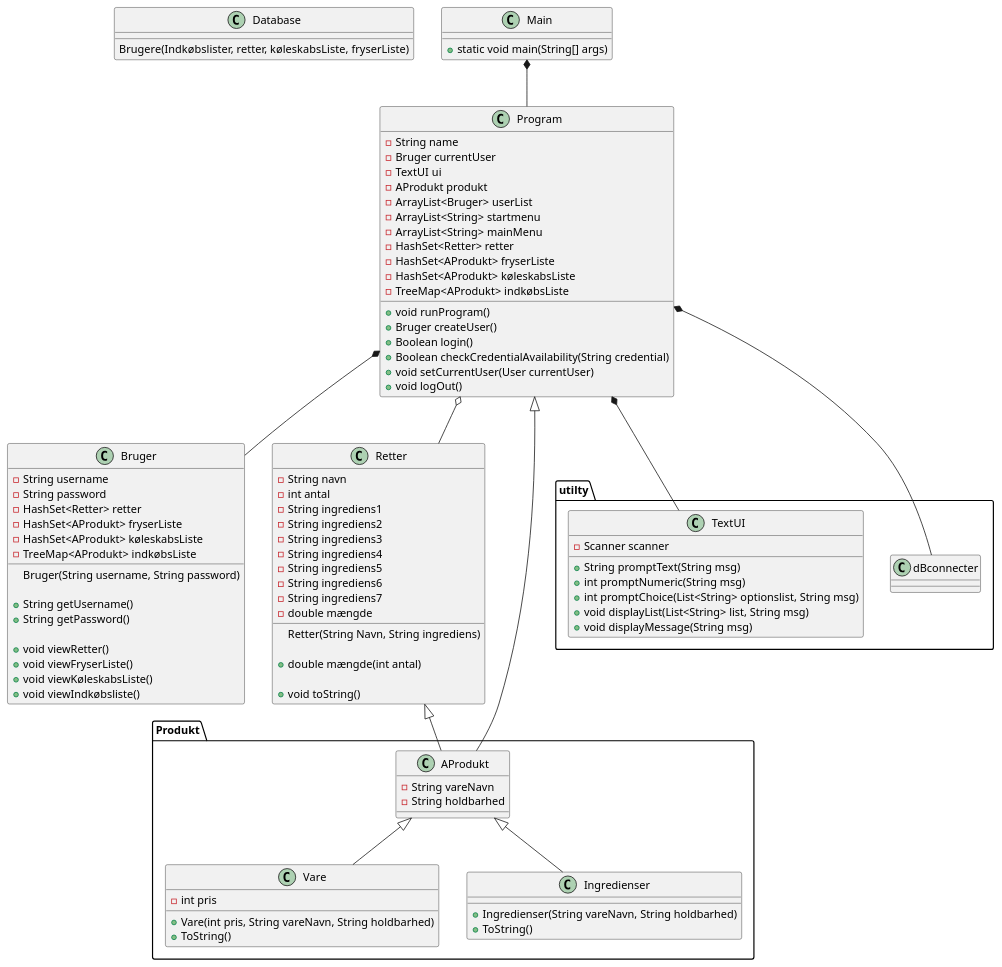
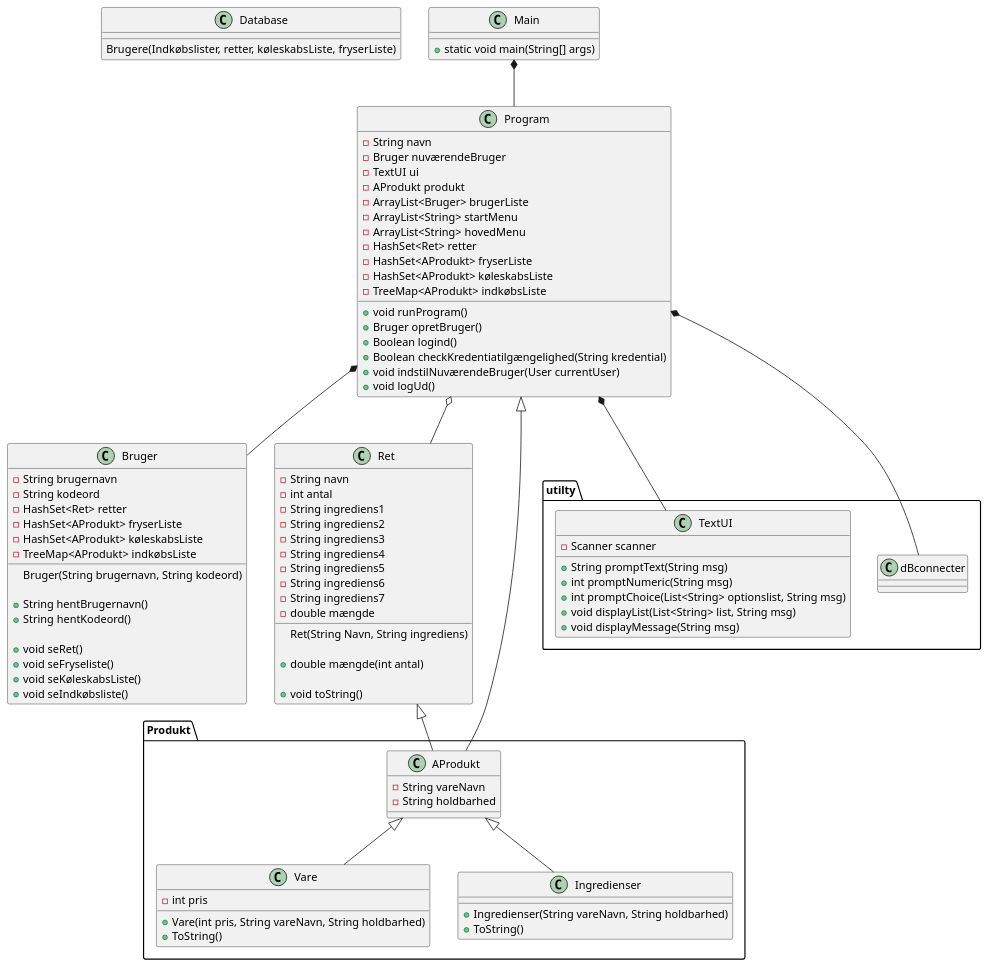
Before and after one commit to mrPrimeBeef/1.-Sem-ICE: the diagram in ICE indkoebsListe/Doc/Static/KlasseDiagram v1.puml, drawn with PlantUML. The commit also changed 1 other file, not shown here.

```diff
--- a/ICE indkoebsListe/Doc/Static/KlasseDiagram v1.puml
+++ b/ICE indkoebsListe/Doc/Static/KlasseDiagram v1.puml
@@ -1,160 +1,160 @@
 @startuml
 
 class Database{
 Brugere(Indkøbslister, retter, køleskabsListe, fryserListe)
 }
 
 class Main {
 + static void main(String[] args)
 }
 
 
 
 
 
 class Bruger {
-- String username
-- String password
-- HashSet<Retter> retter
+- String brugernavn
+- String kodeord
+- HashSet<Ret> retter
 - HashSet<AProdukt> fryserListe
 - HashSet<AProdukt> køleskabsListe
 - TreeMap<AProdukt> indkøbsListe
 
-Bruger(String username, String password)
+Bruger(String brugernavn, String kodeord)
 
-+ String getUsername()
-+ String getPassword()
++ String hentBrugernavn()
++ String hentKodeord()
 
-+ void viewRetter()
-+ void viewFryserListe()
-+ void viewKøleskabsListe()
-+ void viewIndkøbsliste()
++ void seRet()
++ void seFryseliste()
++ void seKøleskabsListe()
++ void seIndkøbsliste()
 }
 
 class Program {
-- String name
-- Bruger currentUser
+- String navn
+- Bruger nuværendeBruger
 - TextUI ui
 - AProdukt produkt
 '- FileIO io
-- ArrayList<Bruger> userList
--ArrayList<String> startmenu
--ArrayList<String> mainMenu
-- HashSet<Retter> retter
+- ArrayList<Bruger> brugerListe
+-ArrayList<String> startMenu
+-ArrayList<String> hovedMenu
+- HashSet<Ret> retter
 - HashSet<AProdukt> fryserListe
 - HashSet<AProdukt> køleskabsListe
 - TreeMap<AProdukt> indkøbsListe
 
 + void runProgram()
-+ Bruger createUser()
-+ Boolean login()
-+ Boolean checkCredentialAvailability(String credential)
-+ void setCurrentUser(User currentUser)
-+ void logOut()
++ Bruger opretBruger()
++ Boolean logind()
++ Boolean checkKredentiatilgængelighed(String kredential)
++ void indstilNuværendeBruger(User currentUser)
++ void logUd()
 }
 
-class Retter{
+class Ret{
 - String navn
 - int antal
 - String ingrediens1
 - String ingrediens2
 - String ingrediens3
 - String ingrediens4
 - String ingrediens5
 - String ingrediens6
 - String ingrediens7
 - double mængde
 
-Retter(String Navn, String ingrediens)
+Ret(String Navn, String ingrediens)
 
 + double mængde(int antal)
 
 + void toString()
 
 }
 
 package Produkt {
 class AProdukt{
 - String vareNavn
 - String holdbarhed
 
 }
 
 class Vare{
 - int pris
 + Vare(int pris, String vareNavn, String holdbarhed)
 + ToString()
 }
 
 class Ingredienser{
 + Ingredienser(String vareNavn, String holdbarhed)
 + ToString()
 }
 }
 
 
 package utilty{
 'class FileIO {
 '- ArrayList<Movie> listOfMovies
 '- ArrayList<Series> listOfSeries
 '- String moviePath
 '- String seriePath
 '- String favoritesPath
 '- String watchedPath
 '- String userSavePath
 
 '+ ArrayList<String> readMovieData()
 '+ ArrayList<String> readSerieData()
 '- ArrayList<String> scanFile(String path)
 '+ void saveFavorites(User currentUser, AMedia media)
 '+ void saveWatched(User currentUser, AMedia media)
 '+ void deleteFavorites(String title, User currentUser)
 '- void mediaSaveOrRemove(User currentUser, String title, String path, boolean willRemove)
 '+ String getFavorites(User currentUser)
 '+ String getWatched(User currentUser)
 '- String getMedia(User currentUser, String path)
 '+ void saveUserData(User currentUser)
 '+ ArrayList<User> readUserData()
 '}
 
 class dBconnecter{
 
 }
 
 
 class TextUI {
 - Scanner scanner
 + String promptText(String msg)
 + int promptNumeric(String msg)
 + int promptChoice(List<String> optionslist, String msg)
 + void displayList(List<String> list, String msg)
 + void displayMessage(String msg)
 }
 }
 
 
 Main *-- Program
 Program *-- Bruger
 Program *-- TextUI
 Program *-- dBconnecter
 Program <|-- AProdukt
 
-Retter <|-- AProdukt
-Program o-- Retter
+Ret <|-- AProdukt
+Program o-- Ret
 
 AProdukt <|-- Ingredienser
 AProdukt <|-- Vare
 
 
 
 'https://devhints.io/plantuml
 'Car <|-- SmallCar      # extension
 'Car *-- Engine         # composition
 'Cars o-- Car           # aggregation
 'Car <|.. SmallCar      # dotted line (use .. instead of --)
 'Car <|--* Car
 
 '-left->
 '-right->
 
 @enduml
```
